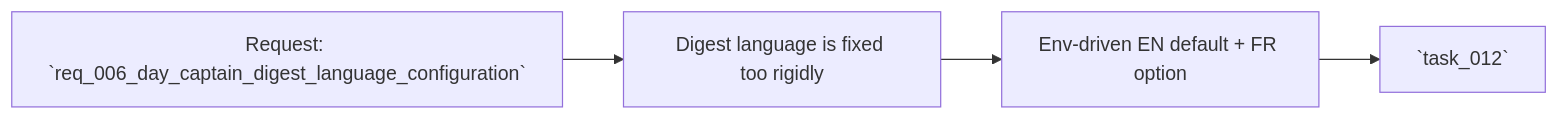
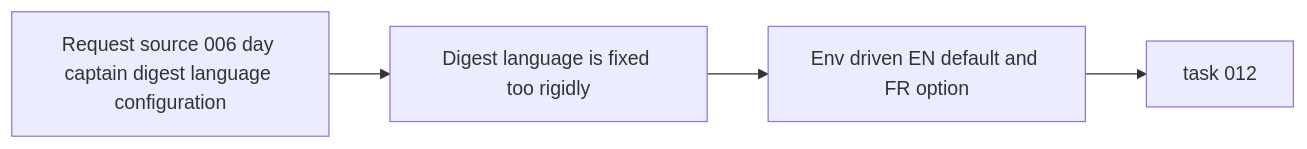
One commit to AlexAgo83/day-captain changed the diagram in logics/backlog/item_006_day_captain_digest_language_configuration.md. Above: the diagram before and after it, drawn with Mermaid. The commit also changed 40 other files, not shown here.

Commit message:
Normalize Logics Mermaid diagrams

````diff
--- a/logics/backlog/item_006_day_captain_digest_language_configuration.md
+++ b/logics/backlog/item_006_day_captain_digest_language_configuration.md
@@ -29,6 +29,6 @@
 ```mermaid
 flowchart LR
-    Req[Request: `req_006_day_captain_digest_language_configuration`] --> Problem[Digest language is fixed too rigidly]
-    Problem --> Scope[Env-driven EN default + FR option]
-    Scope --> Tasks[`task_012`]
+    Req[Request source 006 day captain digest language configuration] --> Problem[Digest language is fixed too rigidly]
+    Problem --> Scope[Env driven EN default and FR option]
+    Scope --> Tasks[task 012]
 ```
````
